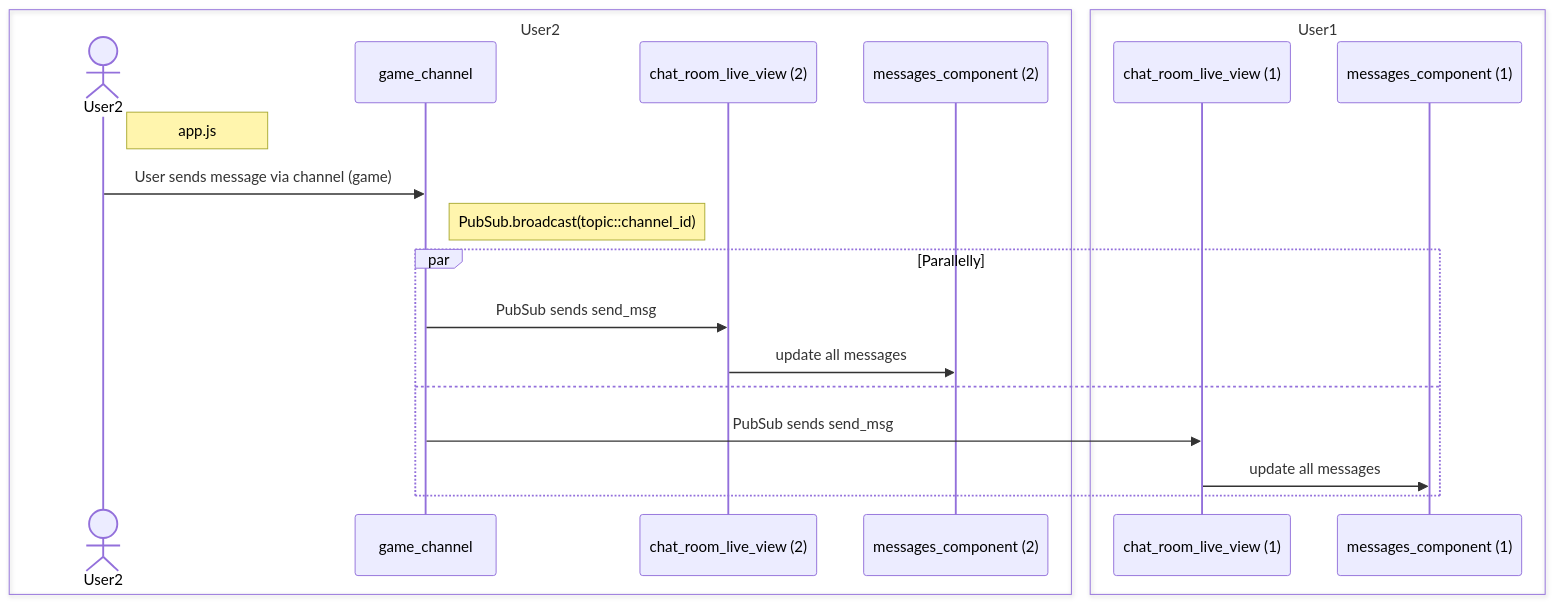
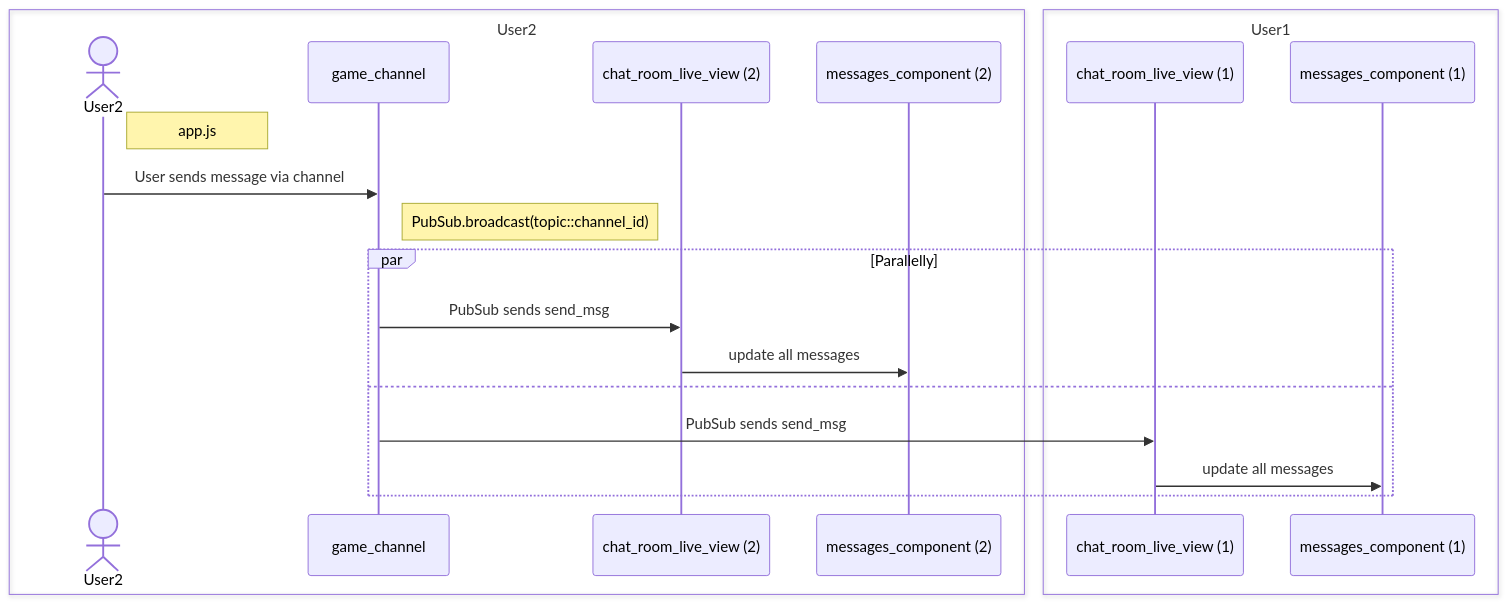
Before and after one commit to ohhi-vn/embedded_chat: the third of 5 diagrams in README.md, drawn with Mermaid. The commit also changed other lines of this file and 17 other files, not shown here.

````diff
--- a/README.md
+++ b/README.md
@@ -103,23 +97,23 @@
 ```mermaid
 sequenceDiagram
     box User2
     actor User2
     participant game_channel
     participant chat_room_live_view (2)
     participant messages_component (2)
     end
     box User1
     participant chat_room_live_view (1)
     participant messages_component (1)
     end
     Note right of User2: app.js
-    User2->>game_channel: User sends message via channel (game)
+    User2->>game_channel: User sends message via channel
     Note right of game_channel: PubSub.broadcast(topic::channel_id)
     par Parallelly
     game_channel->>chat_room_live_view (2): PubSub sends send_msg
     chat_room_live_view (2)->>messages_component (2): update all messages
     and
     game_channel->>chat_room_live_view (1): PubSub sends send_msg
     chat_room_live_view (1)->>messages_component (1): update all messages
     end
 ```
````
